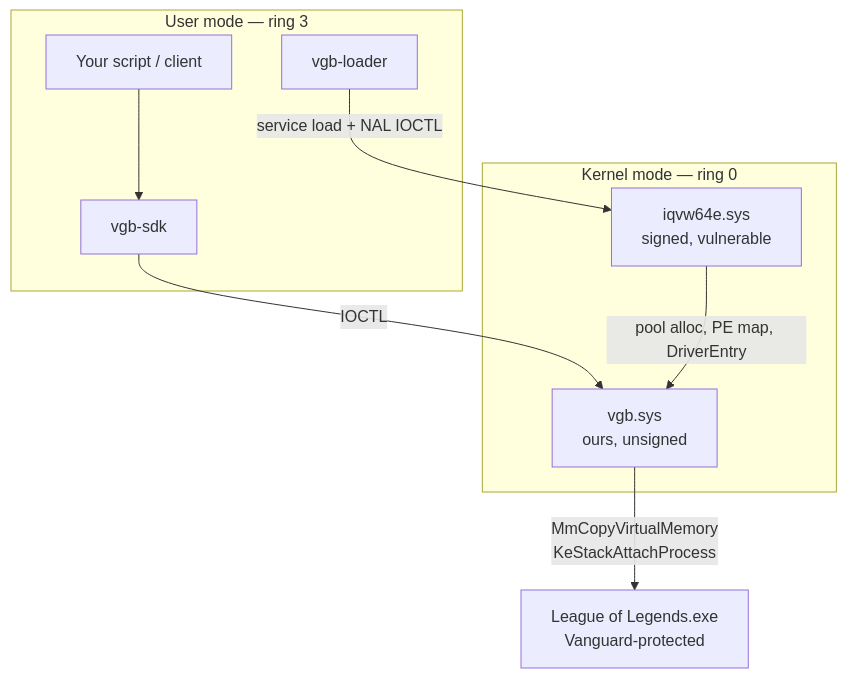
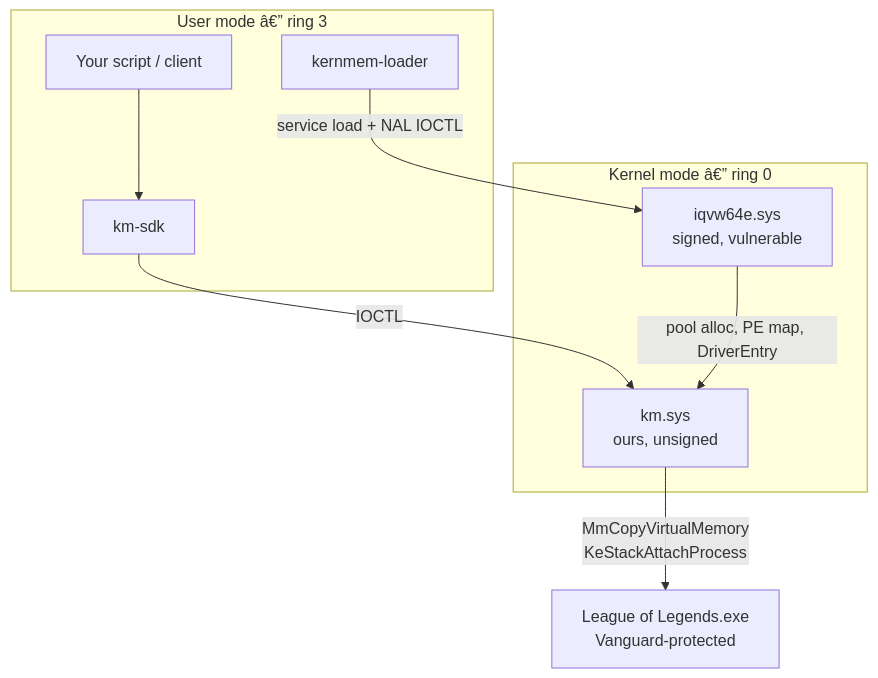
One commit to 0xMALVEE/kernmem changed the second of 2 diagrams in docs/README.md. Above: the diagram before and after it, drawn with Mermaid. The commit also changed other lines of this file and 919 other files, not shown here.

````diff
--- a/docs/README.md
+++ b/docs/README.md
@@ -40,19 +40,19 @@
 ```mermaid
 flowchart TB
-    subgraph UM["User mode — ring 3"]
+    subgraph UM["User mode â€” ring 3"]
         CLIENT["Your script / client"]
-        SDK["vgb-sdk"]
-        LOADER["vgb-loader"]
+        SDK["km-sdk"]
+        LOADER["kernmem-loader"]
     end
-    subgraph KM["Kernel mode — ring 0"]
+    subgraph KM["Kernel mode â€” ring 0"]
         NAL["iqvw64e.sys<br/>signed, vulnerable"]
-        DRV["vgb.sys<br/>ours, unsigned"]
+        DRV["km.sys<br/>ours, unsigned"]
     end
     GAME["League of Legends.exe<br/>Vanguard-protected"]
 
     CLIENT --> SDK
     SDK -->|"IOCTL"| DRV
     LOADER -->|"service load + NAL IOCTL"| NAL
     NAL -->|"pool alloc, PE map, DriverEntry"| DRV
     DRV -->|"MmCopyVirtualMemory<br/>KeStackAttachProcess"| GAME
 ```
````
